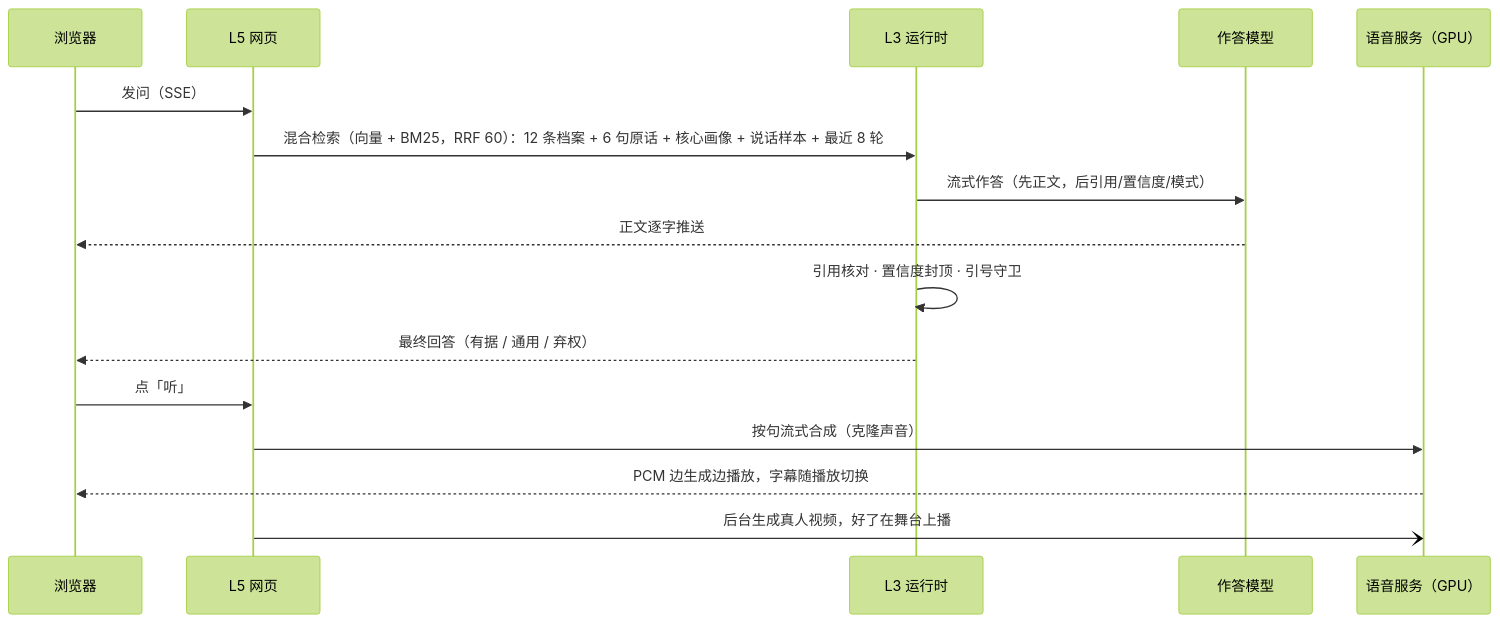
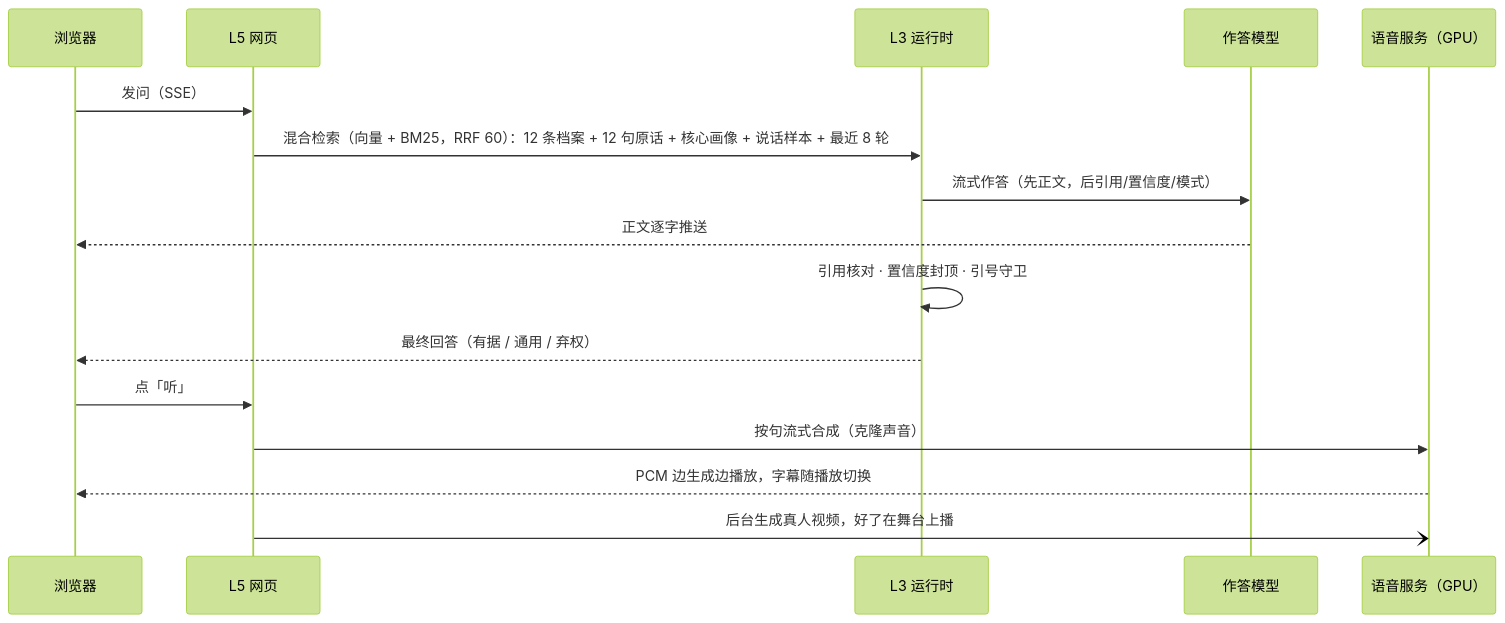
One commit to seasonsolt/twin changed the fourth of 6 diagrams in docs/ARCHITECTURE.md. Above: the diagram before and after it, drawn with Mermaid (forest theme). The commit also changed 3 other files, not shown here.

````diff
--- a/docs/ARCHITECTURE.md
+++ b/docs/ARCHITECTURE.md
@@ -59,18 +59,18 @@
 ```mermaid
 sequenceDiagram
   participant U as 浏览器
   participant W as L5 网页
   participant R as L3 运行时
   participant M as 作答模型
   participant T as 语音服务（GPU）
   U->>W: 发问（SSE）
-  W->>R: 混合检索（向量 + BM25，RRF 60）：12 条档案 + 6 句原话 + 核心画像 + 说话样本 + 最近 8 轮
+  W->>R: 混合检索（向量 + BM25，RRF 60）：12 条档案 + 12 句原话 + 核心画像 + 说话样本 + 最近 8 轮
   R->>M: 流式作答（先正文，后引用/置信度/模式）
   M-->>U: 正文逐字推送
   R->>R: 引用核对 · 置信度封顶 · 引号守卫
   R-->>U: 最终回答（有据 / 通用 / 弃权）
   U->>W: 点「听」
   W->>T: 按句流式合成（克隆声音）
   T-->>U: PCM 边生成边播放，字幕随播放切换
   W-)T: 后台生成真人视频，好了在舞台上播
 ```
````
